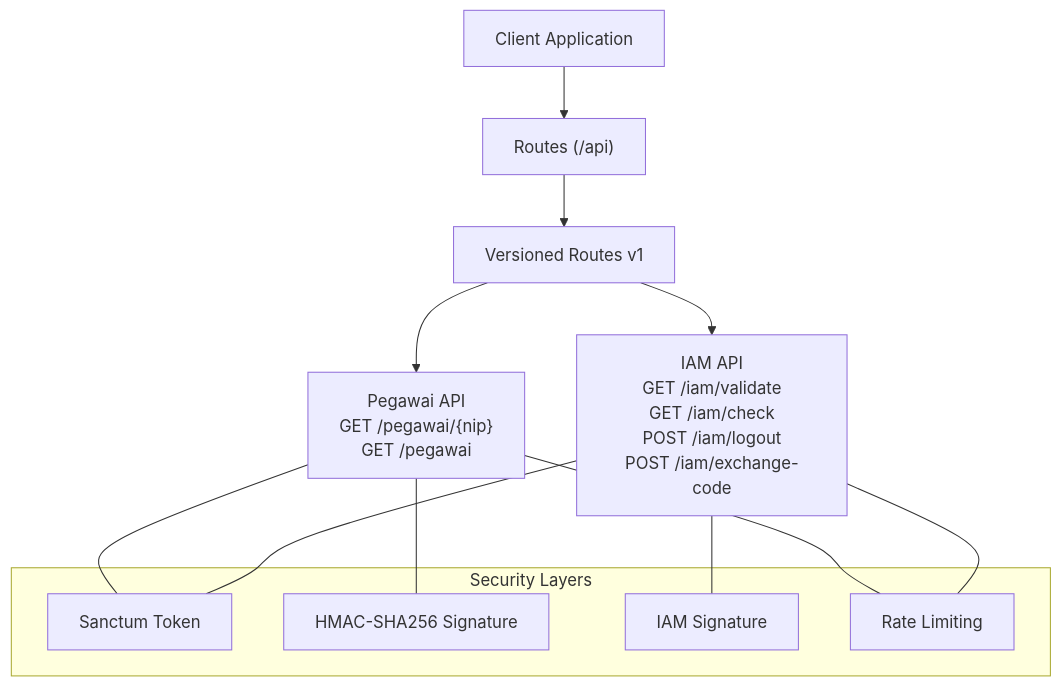
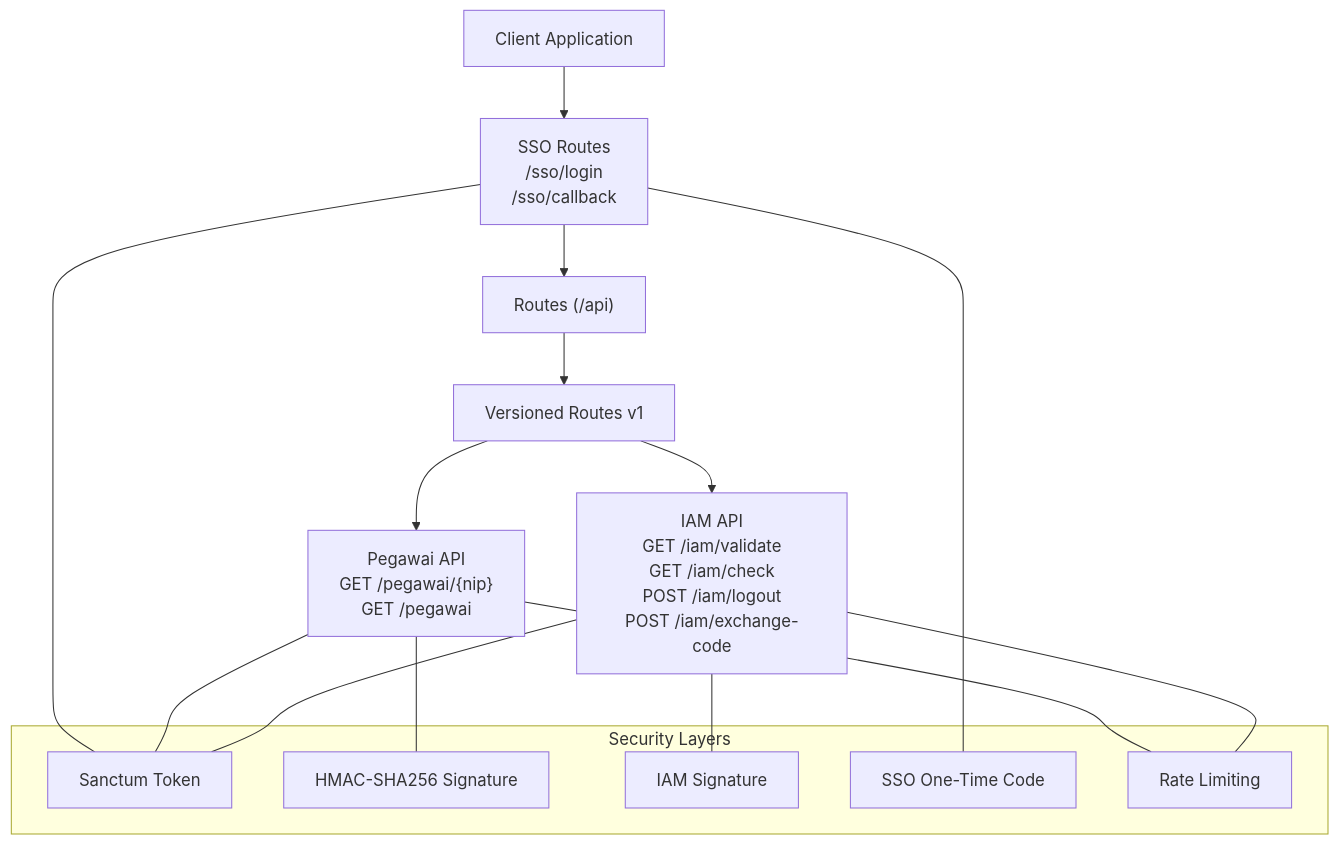
The first of 8 diagrams in .qoder/repowiki/en/content/API Documentation/API Documentation.md (PA-Penajam/kepegawaian_apps), drawn with Mermaid before and after one commit. The commit also changed other lines of this file and 13 other files, not shown here.

````diff
--- a/.qoder/repowiki/en/content/API Documentation/API Documentation.md
+++ b/.qoder/repowiki/en/content/API Documentation/API Documentation.md
@@ -45,19 +67,23 @@
 ```mermaid
 graph TB
-Client["Client Application"] --> API["Routes (/api)"]
+Client["Client Application"] --> SSO["SSO Routes<br/>/sso/login<br/>/sso/callback"]
+SSO --> API["Routes (/api)"]
 API --> V1["Versioned Routes v1"]
 V1 --> PAPI["Pegawai API<br/>GET /pegawai/{nip}<br/>GET /pegawai"]
 V1 --> IAM["IAM API<br/>GET /iam/validate<br/>GET /iam/check<br/>POST /iam/logout<br/>POST /iam/exchange-code"]
 subgraph "Security Layers"
 SANCTUM["Sanctum Token"]
 HMAC["HMAC-SHA256 Signature"]
 IAMSIG["IAM Signature"]
+SSOCODE["SSO One-Time Code"]
 THROTTLE["Rate Limiting"]
 end
+SSO --- SANCTUM
+SSO --- SSOCODE
 PAPI --- SANCTUM
 PAPI --- HMAC
 PAPI --- THROTTLE
 IAM --- SANCTUM
 IAM --- IAMSIG
 IAM --- THROTTLE
 ```
````
